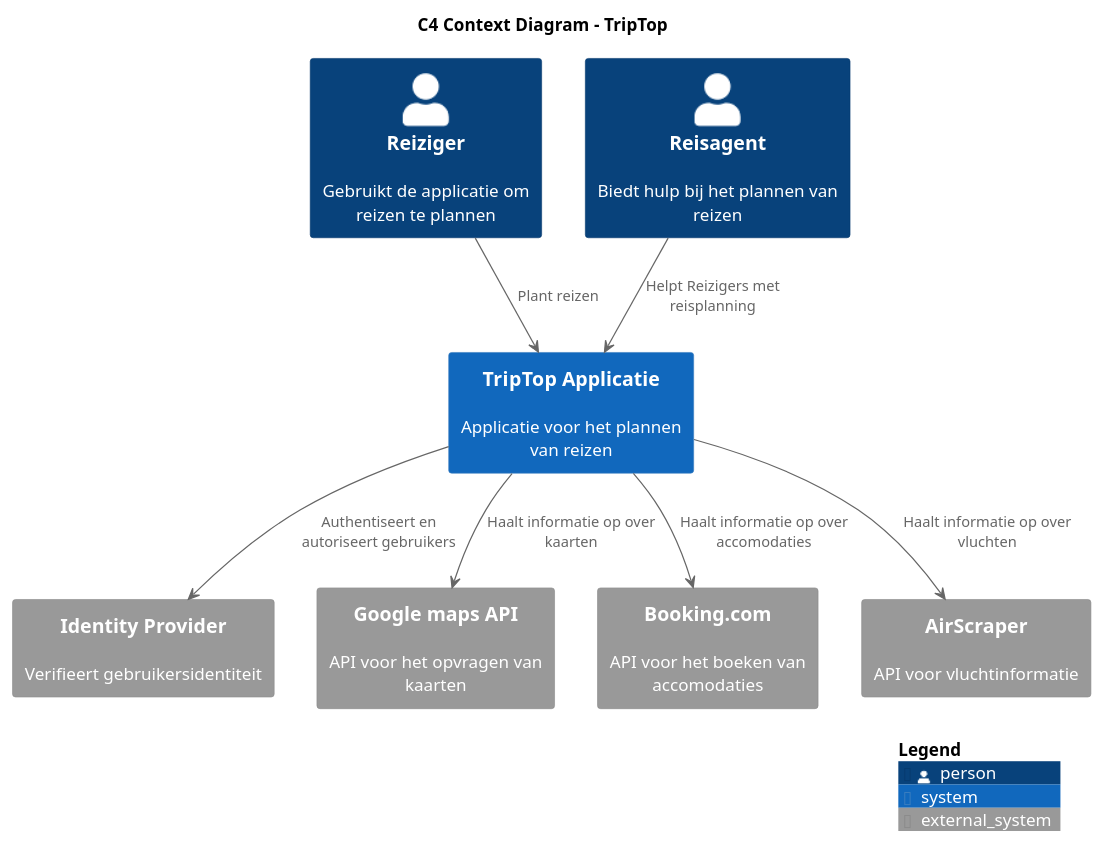
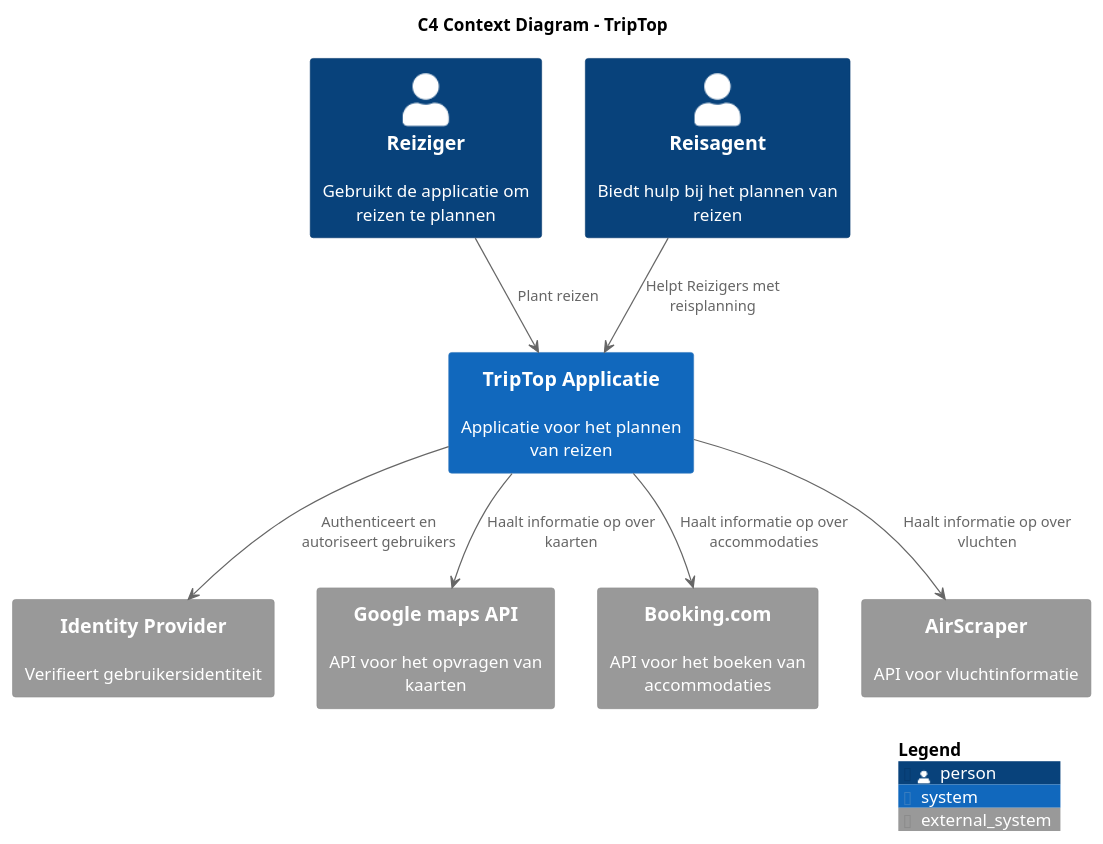
One commit to AIM-ENE-feb25/triptop-groep-b4 changed the diagram in C4_diagrammen/Context_diagram_TripTop_group_B4.puml. Above: the diagram before and after it, drawn with PlantUML. The commit also changed 5 other files, not shown here.

```diff
--- a/C4_diagrammen/Context_diagram_TripTop_group_B4.puml
+++ b/C4_diagrammen/Context_diagram_TripTop_group_B4.puml
@@ -1,28 +1,28 @@
 @startuml
 !include https://raw.githubusercontent.com/plantuml-stdlib/C4-PlantUML/master/C4_Context.puml
 !include <C4/C4_Container>
 
 title C4 Context Diagram - TripTop
 
 AddElementTag("true")
 
 Person(Reiziger, "Reiziger", "Gebruikt de applicatie om reizen te plannen")
 Person(ReisAgent, "Reisagent", "Biedt hulp bij het plannen van reizen")
 
 System(TripTop, "TripTop Applicatie", "Applicatie voor het plannen van reizen")
 
 System_Ext(IdentityProvider, "Identity Provider", "Verifieert gebruikersidentiteit")
 System_Ext(Google_maps_api, "Google maps API", "API voor het opvragen van kaarten")
-System_Ext(Booking, "Booking.com", "API voor het boeken van accomodaties")
+System_Ext(Booking, "Booking.com", "API voor het boeken van accommodaties")
 System_Ext(AirScraper, "AirScraper", "API voor vluchtinformatie")
 
 Reiziger --> TripTop : "Plant reizen"
 ReisAgent --> TripTop : "Helpt Reizigers met reisplanning"
 
-TripTop --> IdentityProvider : "Authentiseert en autoriseert gebruikers"
+TripTop --> IdentityProvider : "Authenticeert en autoriseert gebruikers"
 TripTop --> Google_maps_api : "Haalt informatie op over kaarten"
-TripTop --> Booking : "Haalt informatie op over accomodaties"
+TripTop --> Booking : "Haalt informatie op over accommodaties"
 TripTop --> AirScraper : "Haalt informatie op over vluchten"
 
 SHOW_LEGEND(true)
 @enduml
```
